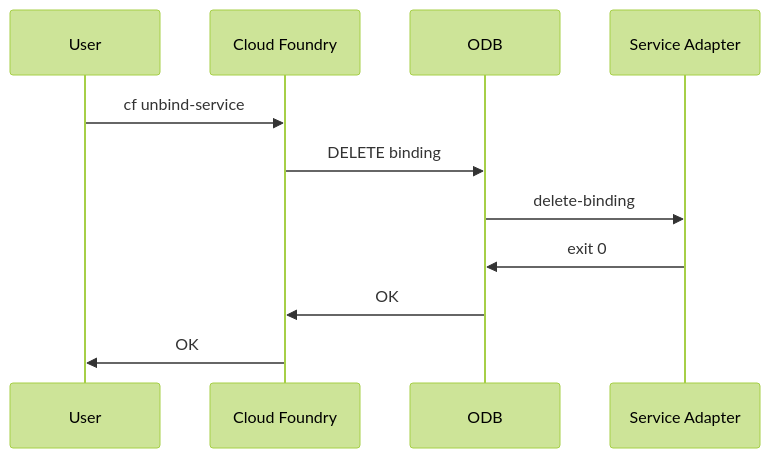
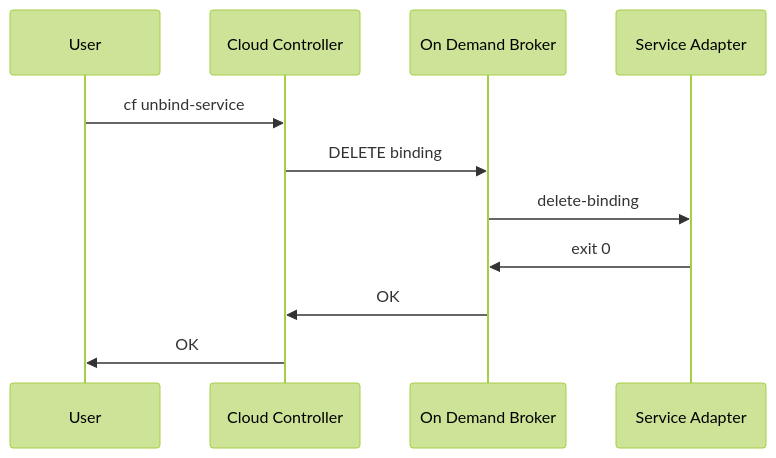
Before and after one commit to pivotal-cf/docs-on-demand-service-broker: the diagram in mmd/unbind_service_workflow.mmd, drawn with Mermaid (forest theme). The commit also changed 10 other files, not shown here.

Commit message:
change  to  in sequence diagrams

```diff
--- a/mmd/unbind_service_workflow.mmd
+++ b/mmd/unbind_service_workflow.mmd
@@ -1,9 +1,9 @@
 <div class="mermaid">
 sequenceDiagram
-  User->>Cloud Foundry:cf unbind-service
-  Cloud Foundry->>ODB:DELETE binding
-  ODB->>Service Adapter:delete-binding
-  Service Adapter->>ODB:exit 0
-  ODB->>Cloud Foundry:OK
-  Cloud Foundry->>User:OK
+  User->>Cloud Controller:cf unbind-service
+  Cloud Controller->>On Demand Broker:DELETE binding
+  On Demand Broker->>Service Adapter:delete-binding
+  Service Adapter->>On Demand Broker:exit 0
+  On Demand Broker->>Cloud Controller:OK
+  Cloud Controller->>User:OK
 </div>
```
